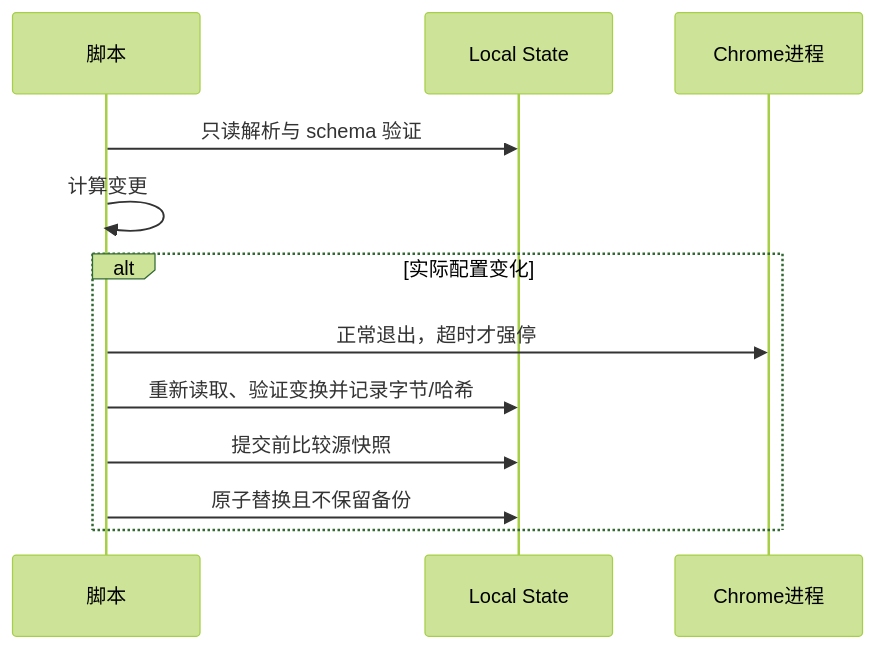
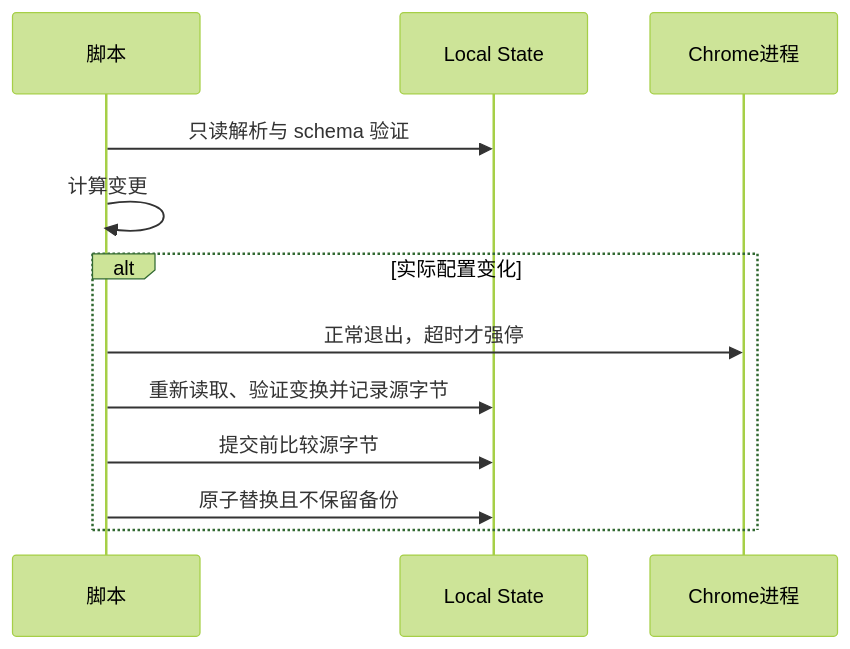
The third of 3 diagrams in docs/diagrams.md (marble810/bring-back-gemini), drawn with Mermaid (forest theme) before and after one commit. The commit also changed other lines of this file and 14 other files, not shown here.

````diff
--- a/docs/diagrams.md
+++ b/docs/diagrams.md
@@ -39,14 +37,14 @@
 ```mermaid
 sequenceDiagram
     participant S as 脚本
     participant L as Local State
     participant C as Chrome进程
     S->>L: 只读解析与 schema 验证
     S->>S: 计算变更
     alt 实际配置变化
       S->>C: 正常退出，超时才强停
-      S->>L: 重新读取、验证变换并记录字节/哈希
-      S->>L: 提交前比较源快照
+      S->>L: 重新读取、验证变换并记录源字节
+      S->>L: 提交前比较源字节
       S->>L: 原子替换且不保留备份
     end
 ```
````
